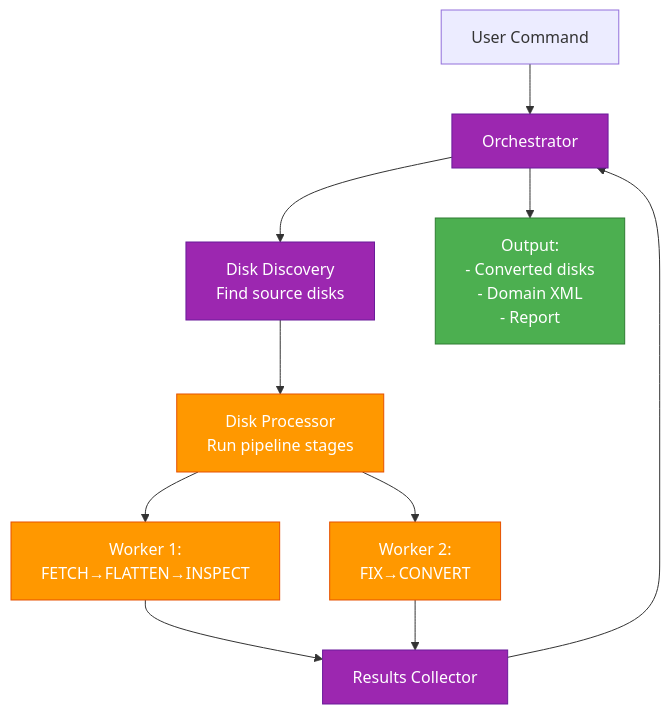
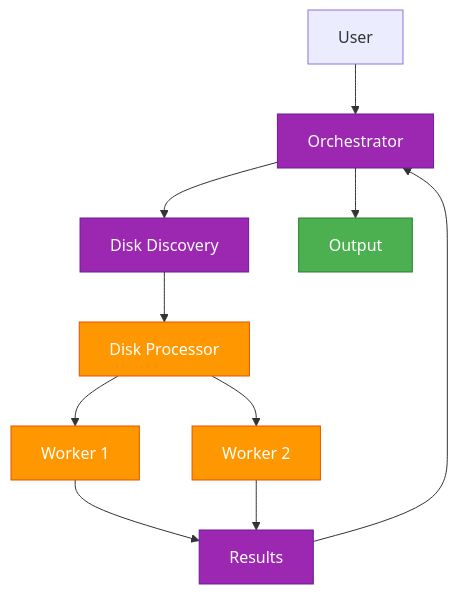
One commit to ssahani/hyper2kvm changed the sixth of 9 diagrams in docs/presentation/pipeline-architecture.md. Above: the diagram before and after it, drawn with Mermaid. The commit also changed other lines of this file, not shown here.

First line of the commit message:
fix: Completely rewrite Mermaid diagrams for GitHub compatibility

````diff
--- a/docs/presentation/pipeline-architecture.md
+++ b/docs/presentation/pipeline-architecture.md
@@ -280,24 +319,20 @@
 ```mermaid
 graph TD
-    USER[User Command] --> ORCH[Orchestrator]
-
-    ORCH --> DISC[Disk Discovery<br/>Find source disks]
-    DISC --> PROC[Disk Processor<br/>Run pipeline stages]
-
-    PROC --> P1[Worker 1:<br/>FETCH→FLATTEN→INSPECT]
-    PROC --> P2[Worker 2:<br/>FIX→CONVERT]
-
-    P1 --> RES[Results Collector]
+    USER[User] --> ORCH[Orchestrator]
+    ORCH --> DISC[Disk Discovery]
+    DISC --> PROC[Disk Processor]
+    PROC --> P1[Worker 1]
+    PROC --> P2[Worker 2]
+    P1 --> RES[Results]
     P2 --> RES
-
     RES --> ORCH
-    ORCH --> OUT[Output:<br/>- Converted disks<br/>- Domain XML<br/>- Report]
+    ORCH --> OUT[Output]
 
     classDef orchestrator fill:#9C27B0,stroke:#6A1B9A,color:#fff
     classDef worker fill:#FF9800,stroke:#E65100,color:#fff
     classDef result fill:#4CAF50,stroke:#2E7D32,color:#fff
 
     class ORCH,DISC,RES orchestrator
     class PROC,P1,P2 worker
     class OUT result
 ```
````
